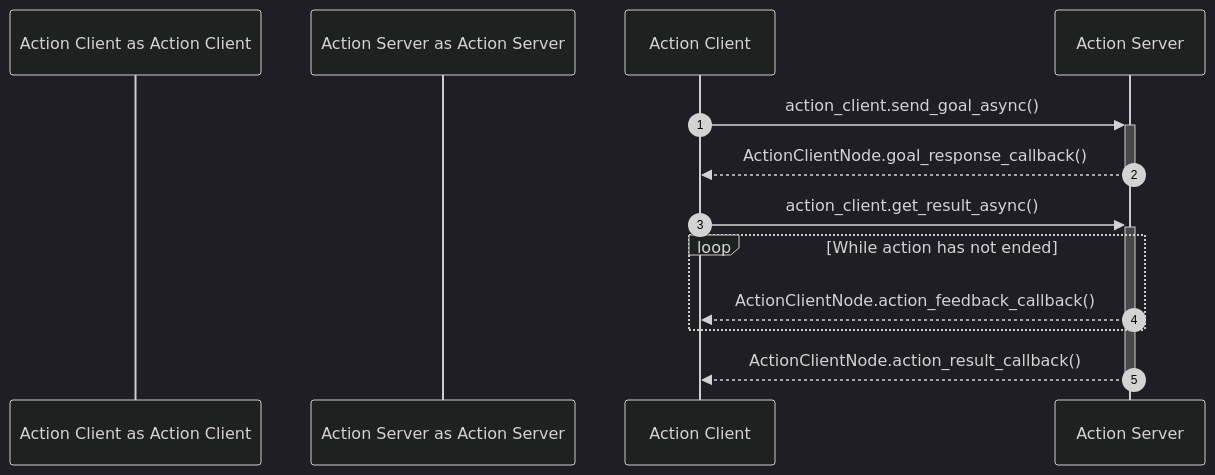
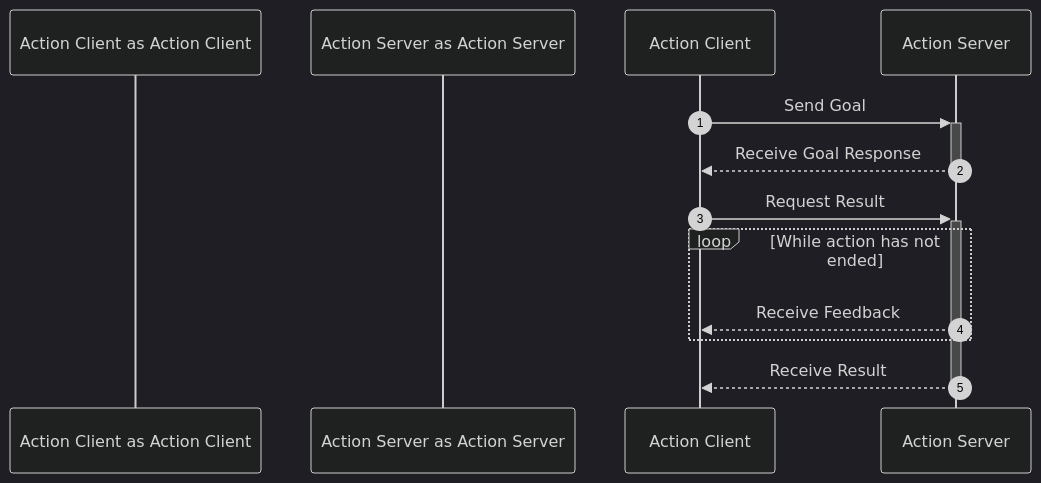
Before and after one commit to mmmarinho/ROS2_Tutorial: the diagram in docs/source/action_clients.rst, drawn with Mermaid. The commit also changed 2 other files, not shown here.

Commit message:
[actions] Simplifying mermaid graphs, fixing comment talking about services.

```diff
--- a/docs/source/action_clients.rst
+++ b/docs/source/action_clients.rst
@@ -27,14 +27,14 @@
 .. mermaid::
 
     %%{init: { "theme" : "dark" }}%%
     sequenceDiagram
       participant Action Client as Action Client
       participant Action Server as Action Server
       autonumber
-      Action Client ->>+ Action Server: action_client.send_goal_async()
-      Action Server -->>- Action Client: ActionClientNode.goal_response_callback()
-      Action Client ->>+ Action Server: action_client.get_result_async()
+      Action Client ->>+ Action Server: Send Goal
+      Action Server -->>- Action Client: Receive Goal Response
+      Action Client ->>+ Action Server: Request Result
       loop While action has not ended
-        Action Server -->> Action Client: ActionClientNode.action_feedback_callback()
+        Action Server -->> Action Client: Receive Feedback
       end
-      Action Server -->>- Action Client: ActionClientNode.action_result_callback()
+      Action Server -->>- Action Client: Receive Result
```
